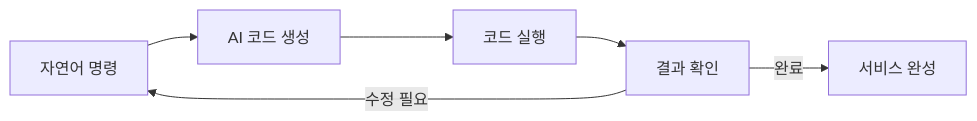
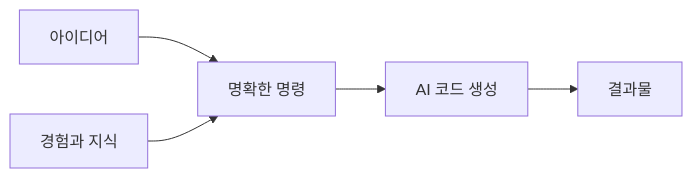
One commit to nugurejeil/weniVooks changed the first of 5 diagrams in _md/essentials-vibecoding/chapter01/01-4.md. Above: the diagram before and after it, drawn with Mermaid. The commit also changed other lines of this file and 5 other files, not shown here.

````diff
--- a/_md/essentials-vibecoding/chapter01/01-4.md
+++ b/_md/essentials-vibecoding/chapter01/01-4.md
@@ -13,8 +13,8 @@
 ```mermaid
 flowchart LR
-    A["자연어 명령"] --> B["AI 코드 생성"]
-    B --> C["코드 실행"]
-    C --> D["결과 확인"]
-    D -->|수정 필요| A
-    D -->|완료| E["서비스 완성"]
+    A["아이디어"] --> B["명확한 명령"]
+    B --> C["AI 코드 생성"]
+    C --> D["결과물"]
+
+    E["경험과 지식"] --> B
 ```
````
